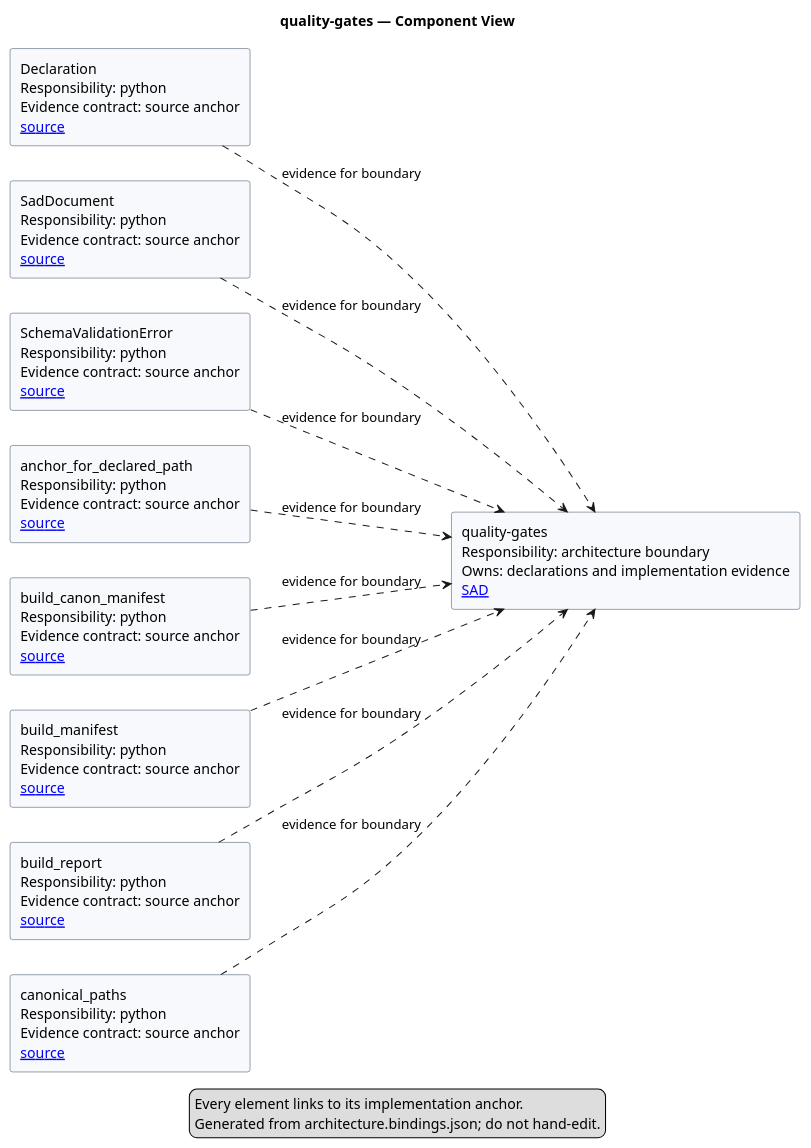
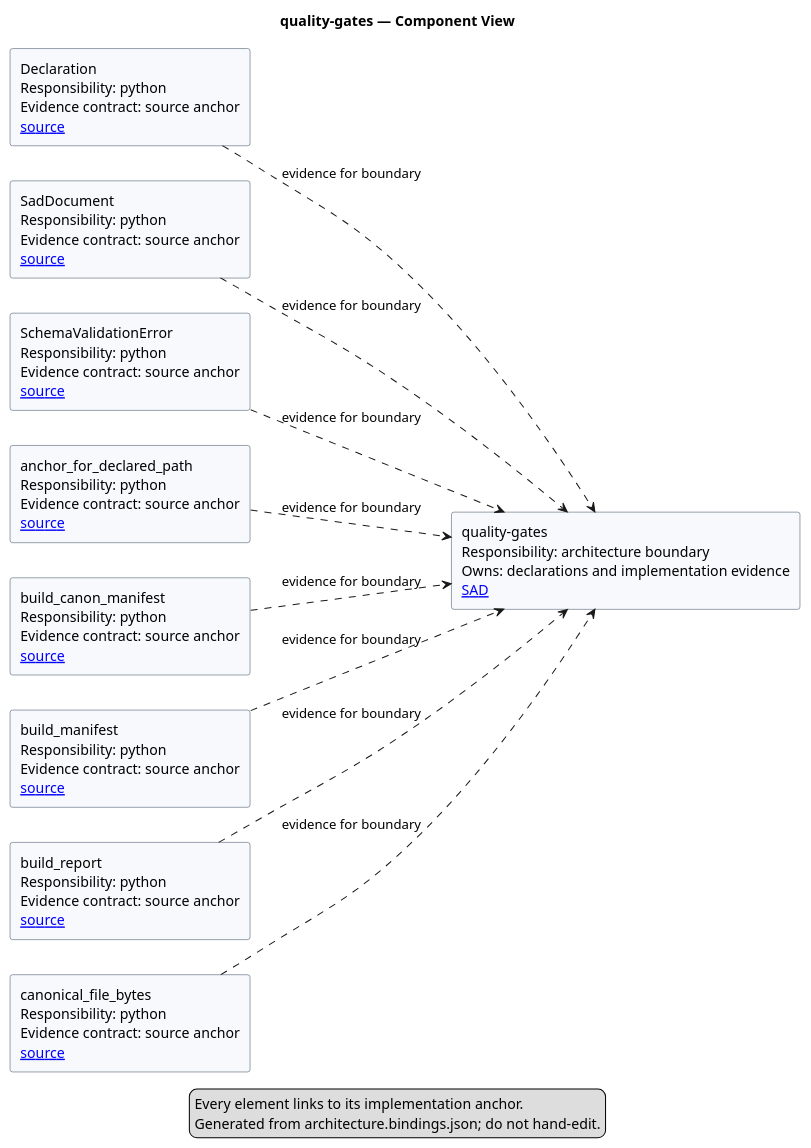
The diagram in UML/Project/quality-gates/depth/c4-component.puml (Held0fTheWelt/ASHEN-SHELL), drawn with PlantUML before and after one commit. The commit also changed 9 other files, not shown here.

Commit message:
fix: make architecture canon workspace portable

```diff
--- a/UML/Project/quality-gates/depth/c4-component.puml
+++ b/UML/Project/quality-gates/depth/c4-component.puml
@@ -1,34 +1,34 @@
 @startuml
 title quality-gates — Component View
 left to right direction
 skinparam shadowing false
 skinparam rectangle {
   BackgroundColor #F7F9FC
   BorderColor #34495E
 }
 
 rectangle "quality-gates\nResponsibility: architecture boundary\nOwns: declarations and implementation evidence\n[[../../../../docs/architecture/project/quality-gates/architecture.md SAD]]" as ROOT
 
 rectangle "Declaration\nResponsibility: python\nEvidence contract: source anchor\n[[../../../../tools/architecture_assurance/sad_parser.py source]]" as E1
 rectangle "SadDocument\nResponsibility: python\nEvidence contract: source anchor\n[[../../../../tools/architecture_assurance/sad_parser.py source]]" as E2
 rectangle "SchemaValidationError\nResponsibility: python\nEvidence contract: source anchor\n[[../../../../tools/architecture_assurance/schemas.py source]]" as E3
 rectangle "anchor_for_declared_path\nResponsibility: python\nEvidence contract: source anchor\n[[../../../../tools/architecture_assurance/discovery.py source]]" as E4
 rectangle "build_canon_manifest\nResponsibility: python\nEvidence contract: source anchor\n[[../../../../tools/architecture_assurance/canon.py source]]" as E5
 rectangle "build_manifest\nResponsibility: python\nEvidence contract: source anchor\n[[../../../../tools/architecture_assurance/manifest_builder.py source]]" as E6
 rectangle "build_report\nResponsibility: python\nEvidence contract: source anchor\n[[../../../../tools/architecture_assurance/audit.py source]]" as E7
-rectangle "canonical_paths\nResponsibility: python\nEvidence contract: source anchor\n[[../../../../tools/architecture_assurance/canon.py source]]" as E8
+rectangle "canonical_file_bytes\nResponsibility: python\nEvidence contract: source anchor\n[[../../../../tools/architecture_assurance/canon.py source]]" as E8
 
 E1 ..> ROOT : "evidence for boundary"
 E2 ..> ROOT : "evidence for boundary"
 E3 ..> ROOT : "evidence for boundary"
 E4 ..> ROOT : "evidence for boundary"
 E5 ..> ROOT : "evidence for boundary"
 E6 ..> ROOT : "evidence for boundary"
 E7 ..> ROOT : "evidence for boundary"
 E8 ..> ROOT : "evidence for boundary"
 
 legend bottom
 Every element links to its implementation anchor.
 Generated from architecture.bindings.json; do not hand-edit.
 endlegend
 @enduml
```
